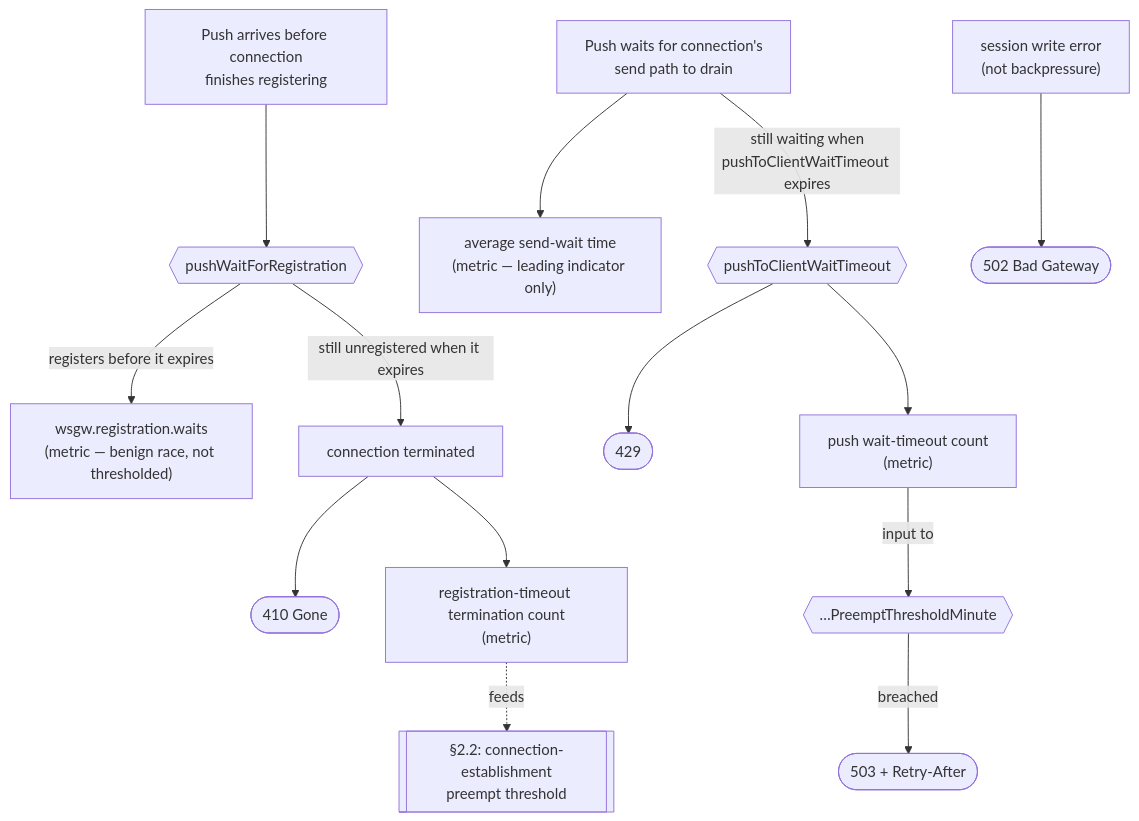
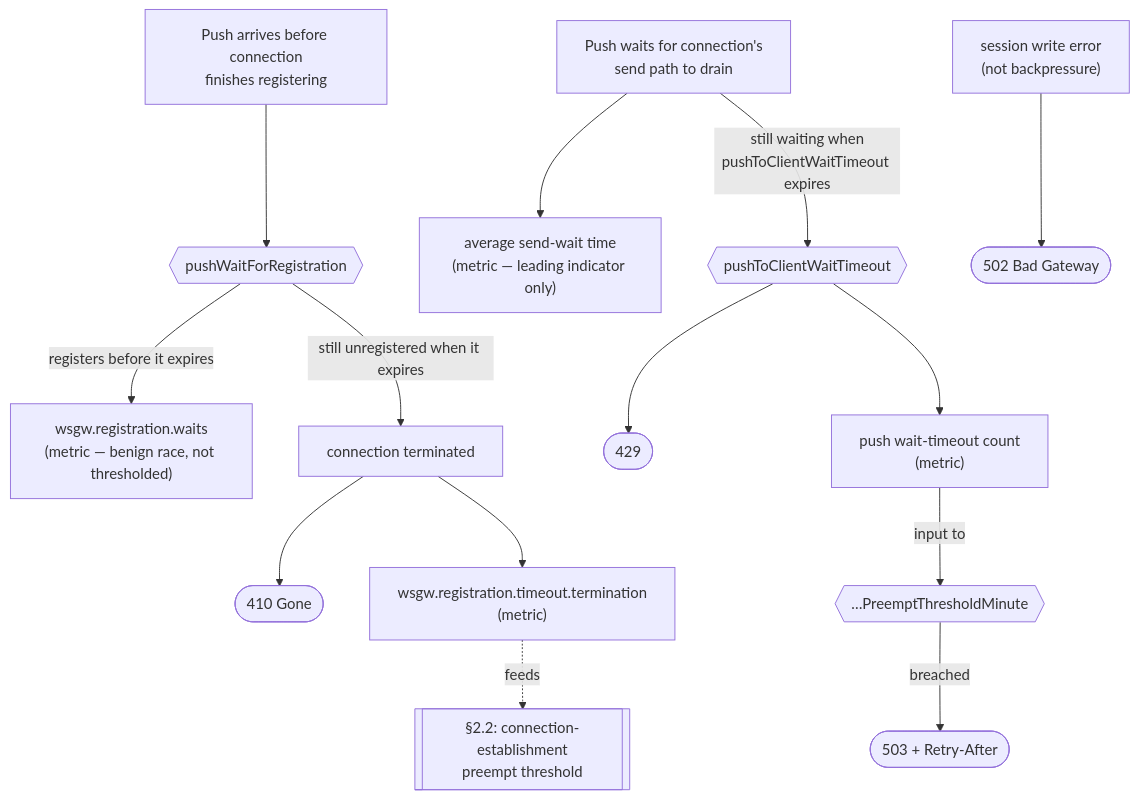
Before and after one commit to pdkovacs/wsgw-jakarta: the first of 3 diagrams in docs/backpressure.md, drawn with Mermaid. The commit also changed other lines of this file and 3 other files, not shown here.

Commit message:
Implement "registration-timeout termination" / test, residual fixes

````diff
--- a/docs/backpressure.md
+++ b/docs/backpressure.md
@@ -140,20 +140,20 @@
 ```mermaid
 flowchart TD
     R0["Push arrives before connection\nfinishes registering"]
     R0 --> KnobReg{{"pushWaitForRegistration"}}
     KnobReg -->|"registers before it expires"| RaceOK["wsgw.registration.waits\n(metric — benign race, not thresholded)"]
     KnobReg -->|"still unregistered when it expires"| Terminate["connection terminated"]
     Terminate --> Sig410(["410 Gone"])
-    Terminate --> MetricTerm["registration-timeout termination count\n(metric)"]
+    Terminate --> MetricTerm["wsgw.registration.timeout.termination\n(metric)"]
     MetricTerm -.->|feeds| Ext1[["§2.2: connection-establishment\npreempt threshold"]]
 
     S0["Push waits for connection's\nsend path to drain"]
     S0 --> MetricAvg["average send-wait time\n(metric — leading indicator only)"]
     S0 -->|"still waiting when\npushToClientWaitTimeout expires"| KnobSend{{"pushToClientWaitTimeout"}}
     KnobSend --> Sig429(["429"])
     KnobSend --> MetricWaitCount["push wait-timeout count\n(metric)"]
     MetricWaitCount -->|"input to"| KnobPreempt{{"…PreemptThresholdMinute"}}
     KnobPreempt -->|"breached"| Sig503(["503 + Retry-After"])
 
     WriteErr["session write error\n(not backpressure)"] --> Sig502(["502 Bad Gateway"])
 ```
````
